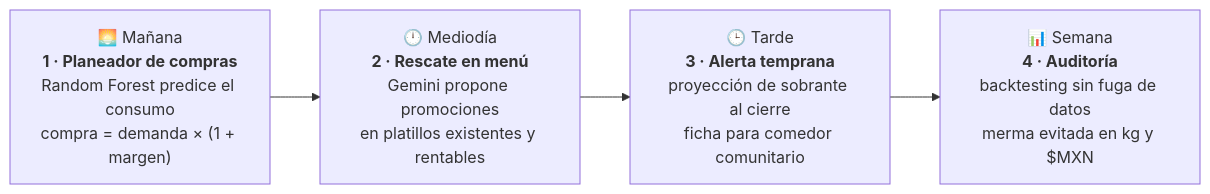
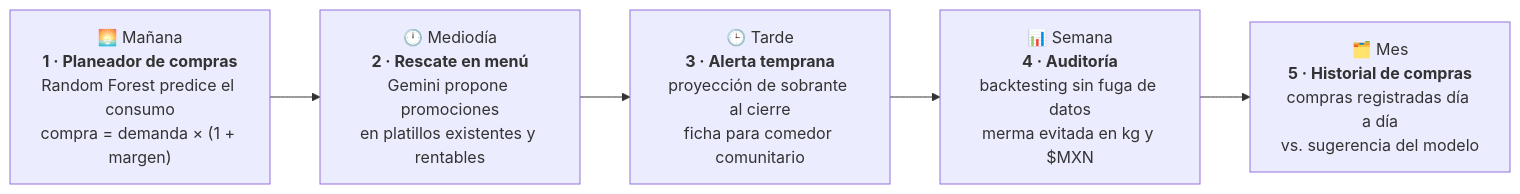
Before and after one commit to AndreRodriguez06/Hackateate_2026: the first of 2 diagrams in README.md, drawn with Mermaid. The commit also changed other lines of this file and 22 other files, not shown here.

First line of the commit message:
Días festivos, época del año y eventos en la plaza (sin vacaciones escolares); Vista 5 de historial de compras

````diff
--- a/README.md
+++ b/README.md
@@ -48,6 +48,7 @@
 ```mermaid
 flowchart LR
     A["🌅 Mañana<br/><b>1 · Planeador de compras</b><br/>Random Forest predice el consumo<br/>compra = demanda × (1 + margen)"] --> B["🕛 Mediodía<br/><b>2 · Rescate en menú</b><br/>Gemini propone promociones<br/>en platillos existentes y rentables"]
     B --> C["🕒 Tarde<br/><b>3 · Alerta temprana</b><br/>proyección de sobrante al cierre<br/>ficha para comedor comunitario"]
     C --> D["📊 Semana<br/><b>4 · Auditoría</b><br/>backtesting sin fuga de datos<br/>merma evitada en kg y $MXN"]
+    D --> E["🗂️ Mes<br/><b>5 · Historial de compras</b><br/>compras registradas día a día<br/>vs. sugerencia del modelo"]
 ```
````
